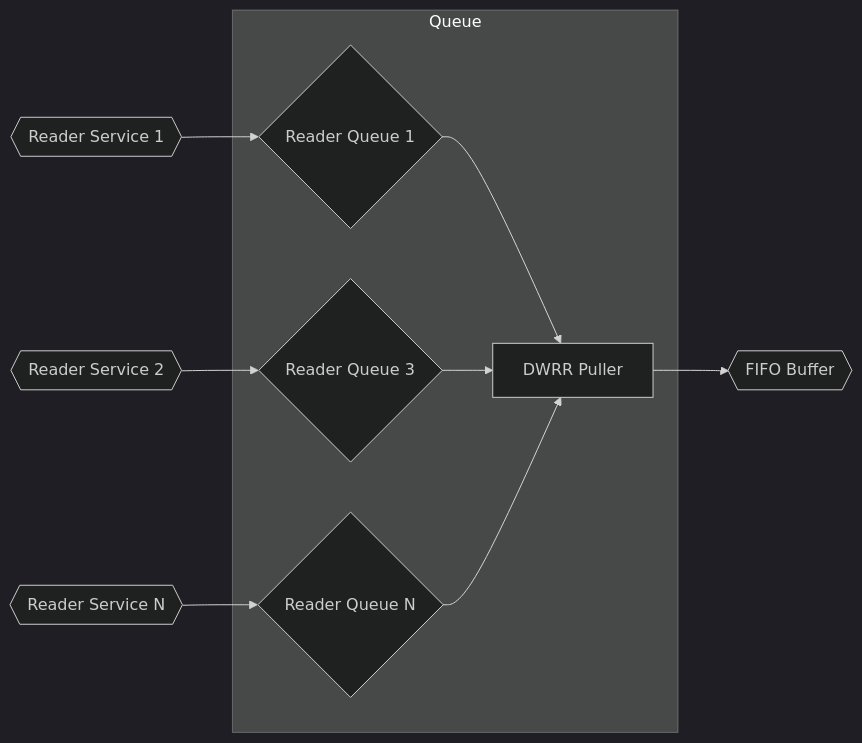
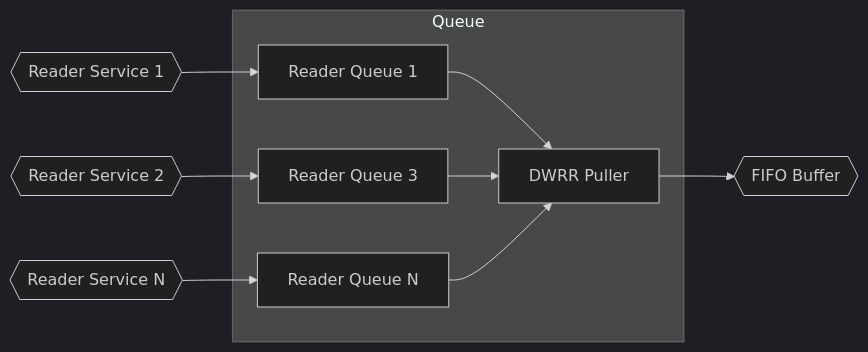
The fourth of 6 diagrams in README.md (Channel-3-Eugene/tribd), drawn with Mermaid (dark theme) before and after one commit.

Commit message:
minor fix

````diff
--- a/README.md
+++ b/README.md
@@ -67,15 +67,15 @@
 ```mermaid
     graph LR
         Reader1{{Reader Service 1}} --> Q1
         Reader2{{Reader Service 2}} --> Q2
         ReaderN{{Reader Service N}} --> QN
 
         subgraph Queue
-            Q1{Reader Queue 1} --> DWRR[DWRR Puller]
-            Q2{Reader Queue 3} --> DWRR[DWRR Puller]
-            QN{Reader Queue N} --> DWRR[DWRR Puller]
+            Q1[Reader Queue 1] --> DWRR[DWRR Puller]
+            Q2[Reader Queue 3] --> DWRR[DWRR Puller]
+            QN[Reader Queue N] --> DWRR[DWRR Puller]
 
         end
         
         DWRR --> Buffer{{FIFO Buffer}}
 ```
````
